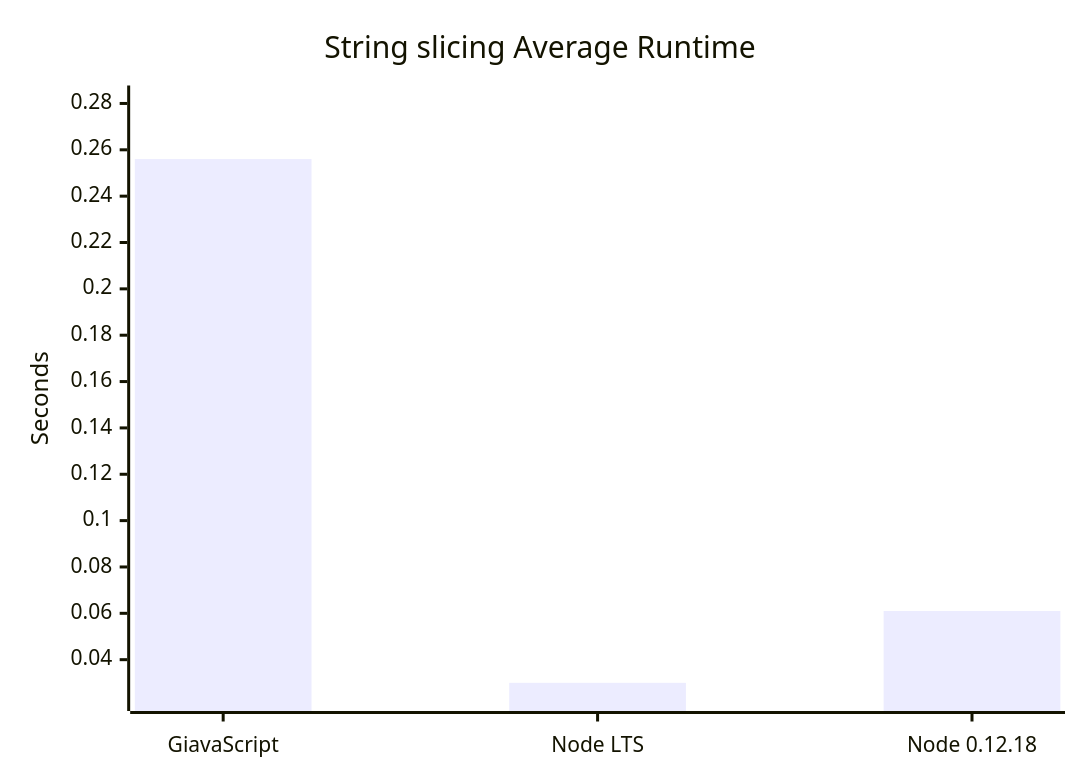
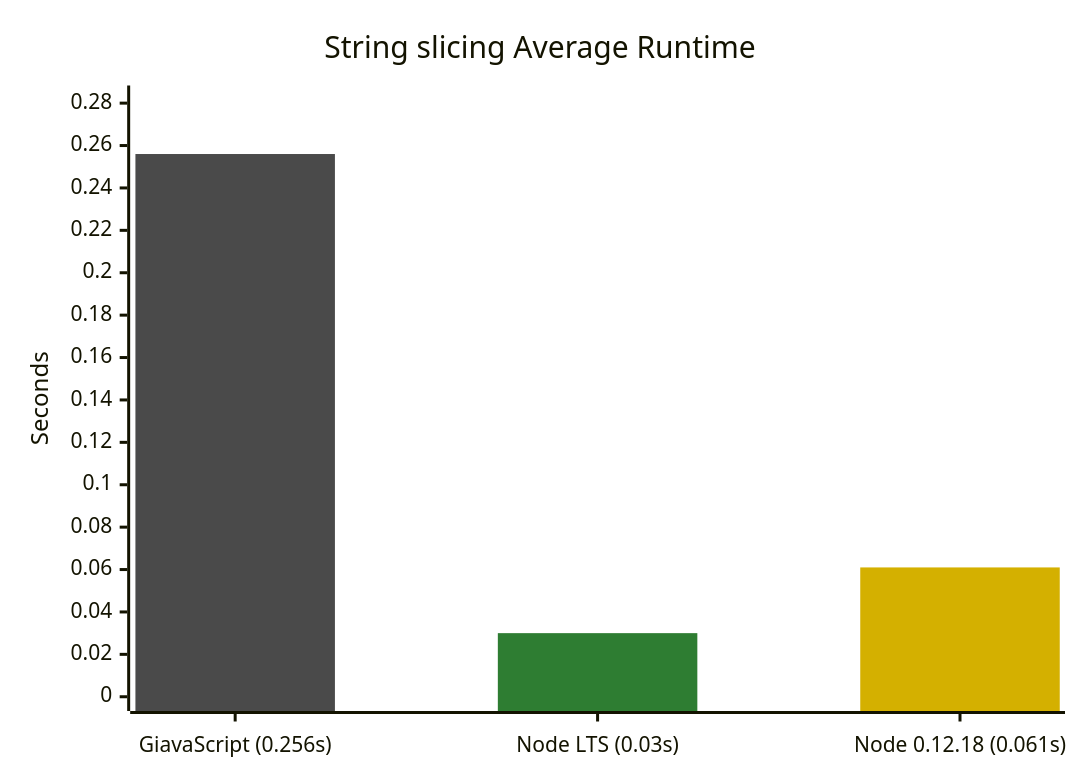
One commit to GiavaScript/GiavaScript changed the fourth of 4 diagrams in README.md. Above: the diagram before and after it, drawn with Mermaid. The commit also changed other lines of this file and 1 other file, not shown here.

Commit message:
improved charts

````diff
--- a/README.md
+++ b/README.md
@@ -101,7 +110,10 @@
 ```mermaid
+%%{init: {"themeVariables": {"xyChart": {"plotColorPalette": "#4a4a4a, #2e7d32, #d4b000"}}}}%%
 xychart-beta
     title "String slicing Average Runtime"
-    x-axis ["GiavaScript", "Node LTS", "Node 0.12.18"]
-    y-axis "Seconds" 0.024 --> 0.2816
-    bar [0.256, 0.03, 0.061]
+    x-axis ["GiavaScript (0.256s)", "Node LTS (0.03s)", "Node 0.12.18 (0.061s)"]
+    y-axis "Seconds" 0 --> 0.2816
+    bar [0.256, -1, -1]
+    bar [-1, 0.03, -1]
+    bar [-1, -1, 0.061]
 ```
````
